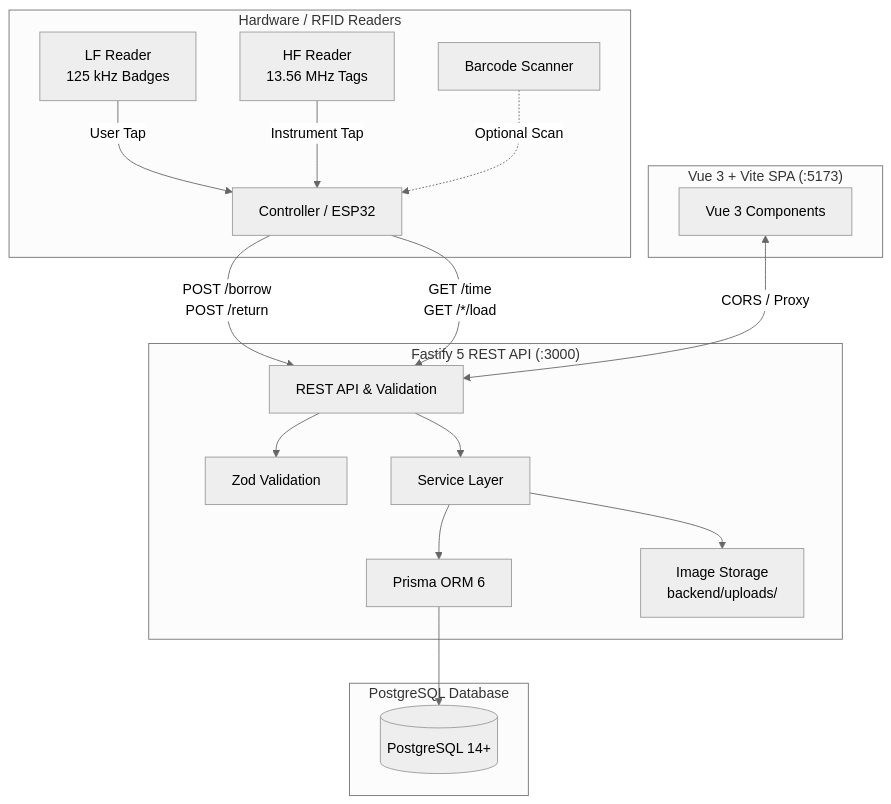
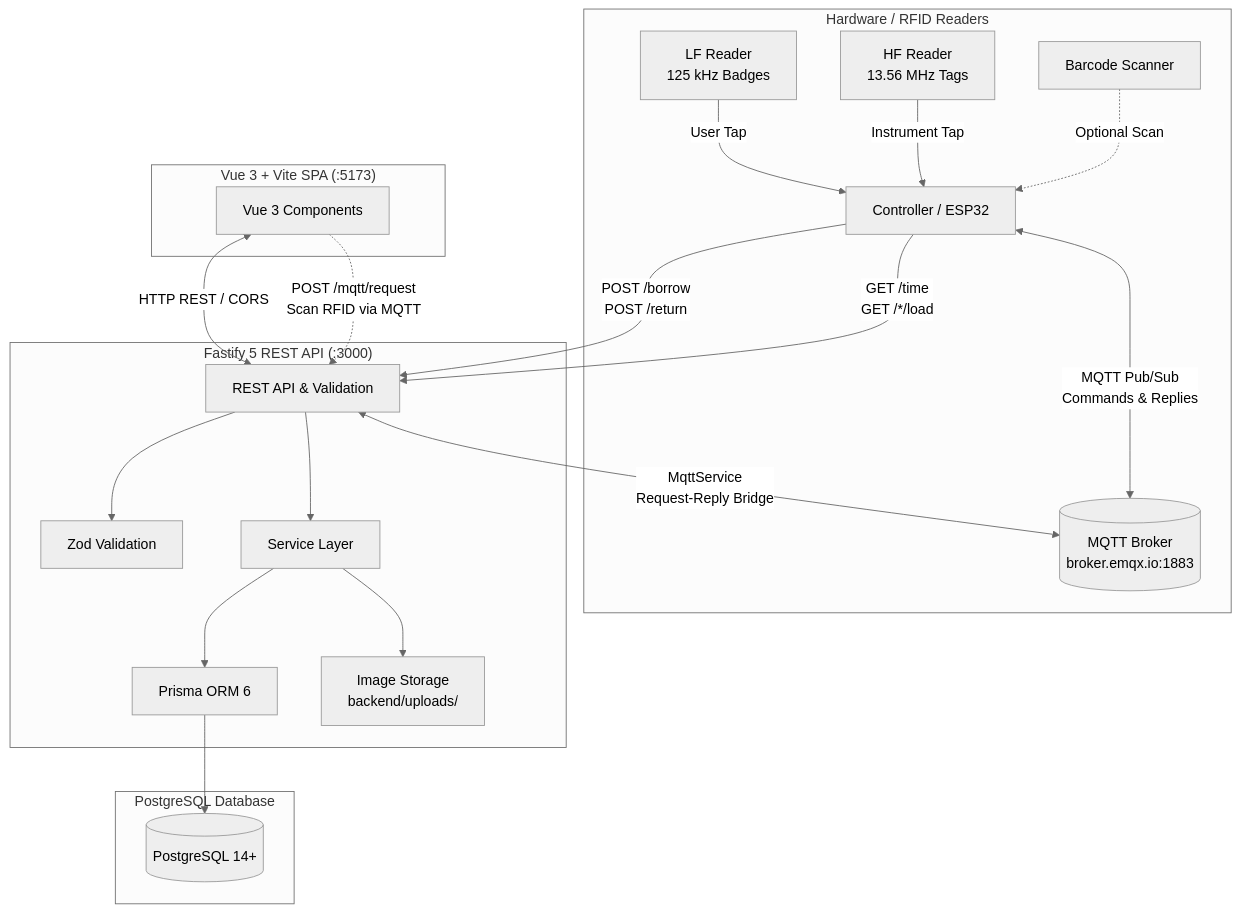
The diagram in README.md (ApirakPhuphanphet/instrument), drawn with Mermaid (neutral theme) before and after one commit. The commit also changed other lines of this file, not shown here.

````diff
--- a/README.md
+++ b/README.md
@@ -74,25 +92,28 @@
 ```mermaid
 graph TD
     subgraph Hardware ["Hardware / RFID Readers"]
         LF[LF Reader<br/>125 kHz Badges] -->|User Tap| ESP[Controller / ESP32]
         HF[HF Reader<br/>13.56 MHz Tags] -->|Instrument Tap| ESP
         BC[Barcode Scanner] -.->|Optional Scan| ESP
+        ESP <-->|MQTT Pub/Sub<br/>Commands & Replies| BROKER[(MQTT Broker<br/>broker.emqx.io:1883)]
     end
 
     subgraph Backend ["Fastify 5 REST API (:3000)"]
         ESP -->|POST /borrow<br/>POST /return| API[REST API & Validation]
         ESP -->|GET /time<br/>GET /*/load| API
+        API <-->|MqttService<br/>Request-Reply Bridge| BROKER
         API --> V[Zod Validation]
         API --> S[Service Layer]
         S --> P[Prisma ORM 6]
         S --> IMG[Image Storage<br/>backend/uploads/]
     end
 
     subgraph Storage ["PostgreSQL Database"]
         P --> DB[(PostgreSQL 14+)]
     end
 
     subgraph Frontend ["Vue 3 + Vite SPA (:5173)"]
-        UI[Vue 3 Components] <-->|CORS / Proxy| API
+        UI[Vue 3 Components] <-->|HTTP REST / CORS| API
+        UI -.->|POST /mqtt/request<br/>Scan RFID via MQTT| API
     end
 ```
````
